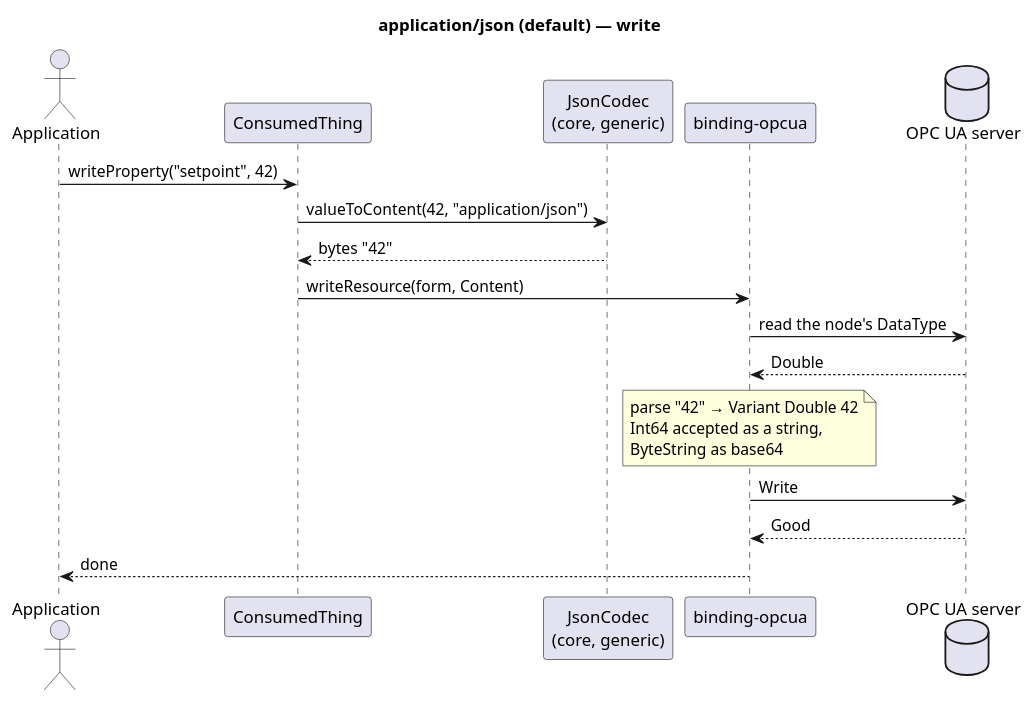
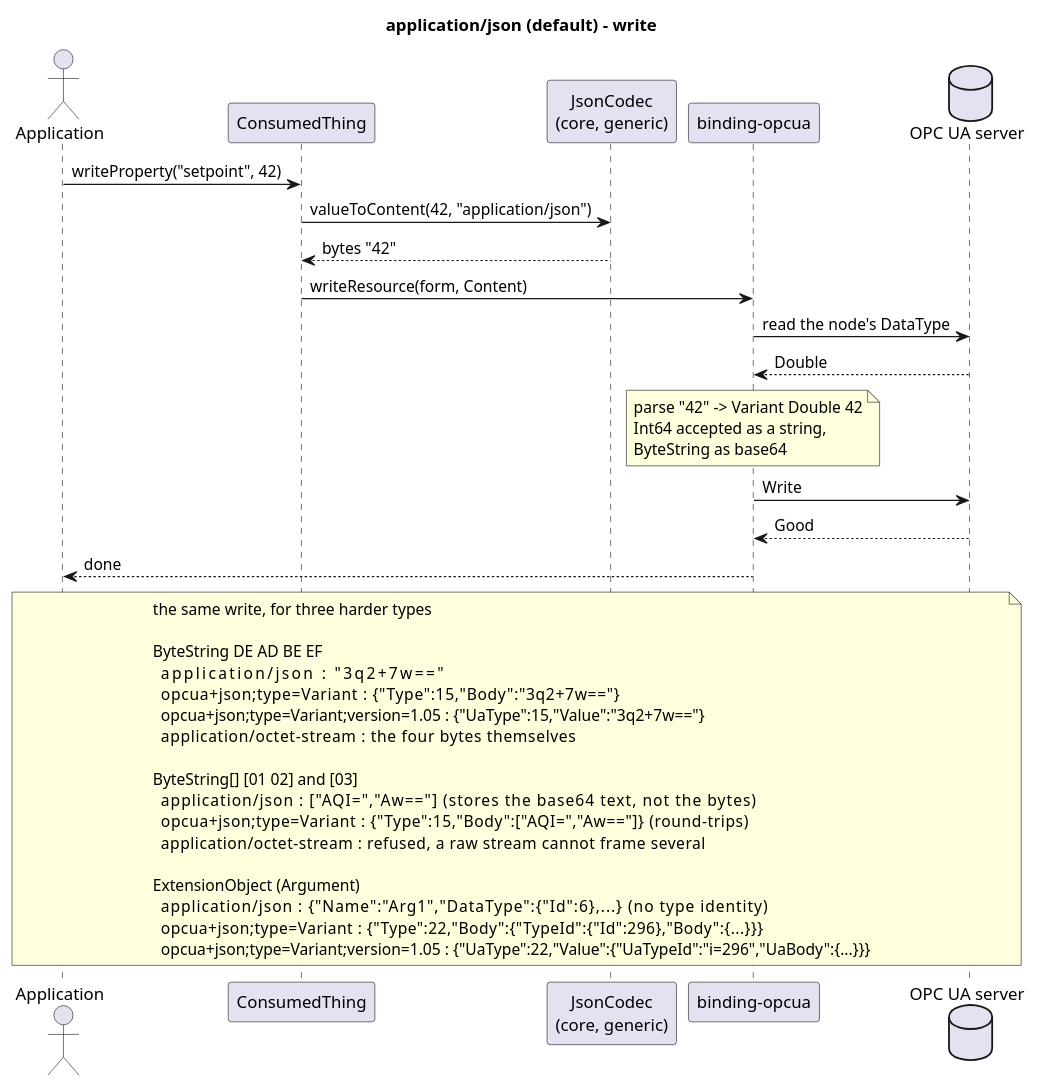
Before and after one commit to eclipse-thingweb/node-wot: the diagram in packages/binding-opcua/doc/diagrams/write-application-json.puml, drawn with PlantUML. The commit also changed 8 other files, not shown here.

First line of the commit message:
feat(binding-opcua): support the OPC UA 1.05 JSON encoding

```diff
--- a/packages/binding-opcua/doc/diagrams/write-application-json.puml
+++ b/packages/binding-opcua/doc/diagrams/write-application-json.puml
@@ -1,18 +1,39 @@
 @startuml
-title application/json (default) — write
+title application/json (default) - write
 actor Application as App
 participant ConsumedThing as CT
 participant "JsonCodec\n(core, generic)" as J
 participant "binding-opcua" as B
 database "OPC UA server" as Srv
 App -> CT : writeProperty("setpoint", 42)
 CT -> J : valueToContent(42, "application/json")
 J --> CT : bytes "42"
 CT -> B : writeResource(form, Content)
 B -> Srv : read the node's DataType
 Srv --> B : Double
-note over B : parse "42" → Variant Double 42\nInt64 accepted as a string,\nByteString as base64
+note over B : parse "42" -> Variant Double 42\nInt64 accepted as a string,\nByteString as base64
 B -> Srv : Write
 Srv --> B : Good
 B --> App : done
+
+note over App, Srv
+  the same write, for three harder types
+
+  ByteString DE AD BE EF
+    application/json                 : "3q2+7w=="
+    opcua+json;type=Variant          : {"Type":15,"Body":"3q2+7w=="}
+    opcua+json;type=Variant;version=1.05 : {"UaType":15,"Value":"3q2+7w=="}
+    application/octet-stream         : the four bytes themselves
+
+  ByteString[] [01 02] and [03]
+    application/json                 : ["AQI=","Aw=="]  (stores the base64 text, not the bytes)
+    opcua+json;type=Variant          : {"Type":15,"Body":["AQI=","Aw=="]}  (round-trips)
+    application/octet-stream         : refused, a raw stream cannot frame several
+
+  ExtensionObject (Argument)
+    application/json                 : {"Name":"Arg1","DataType":{"Id":6},...}  (no type identity)
+    opcua+json;type=Variant          : {"Type":22,"Body":{"TypeId":{"Id":296},"Body":{...}}}
+    opcua+json;type=Variant;version=1.05 : {"UaType":22,"Value":{"UaTypeId":"i=296","UaBody":{...}}}
+end note
+
 @enduml
```
